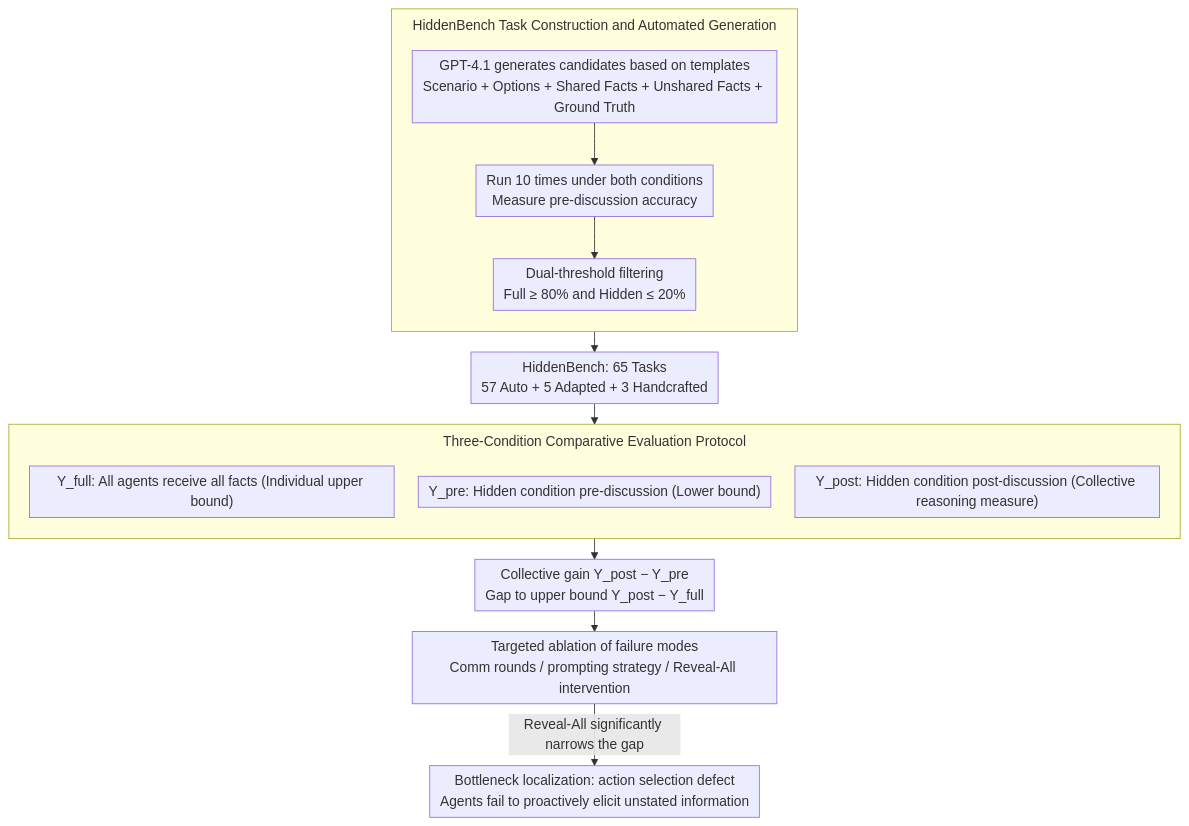
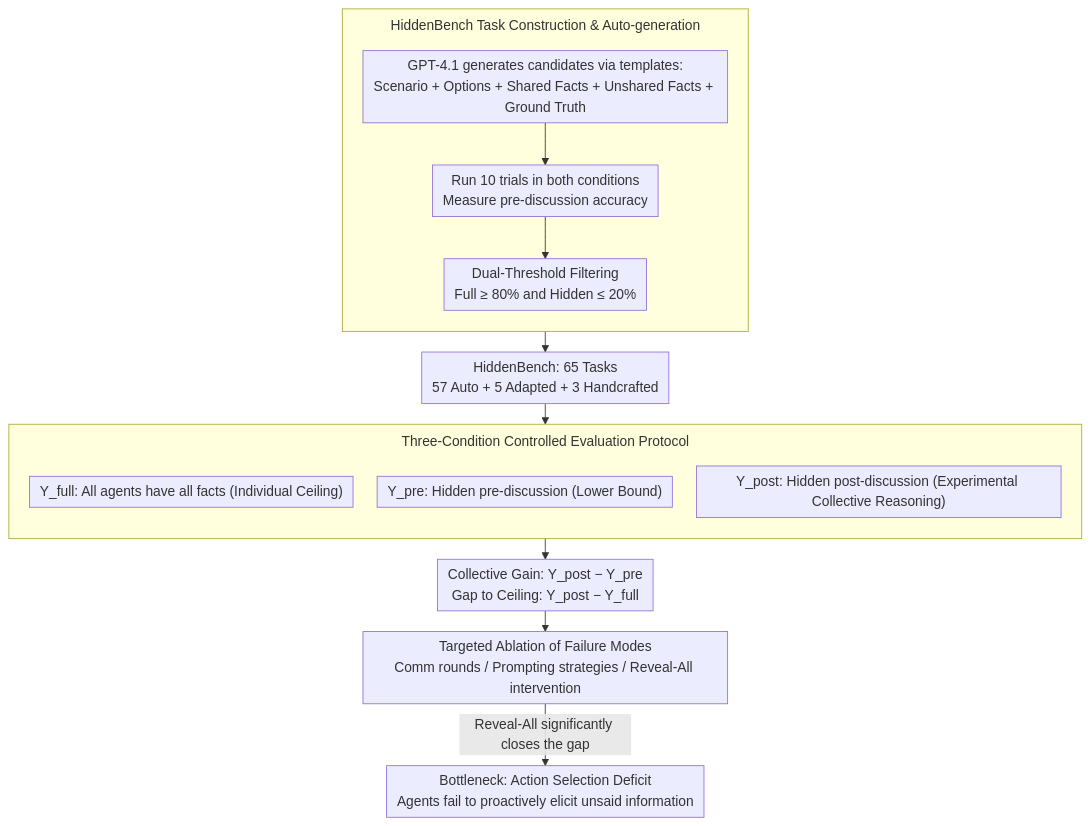
One commit to zhaoyang97/Paper-Notes-en changed the diagram in docs/ICML2026/multi_agent/systematic_failures_in_collective_reasoning_under_distributed_information_in_mul.md. Above: the diagram before and after it, drawn with Mermaid. The commit also changed other lines of this file and 5084 other files, not shown here.

````diff
--- a/docs/ICML2026/multi_agent/systematic_failures_in_collective_reasoning_under_distributed_information_in_mul.md
+++ b/docs/ICML2026/multi_agent/systematic_failures_in_collective_reasoning_under_distributed_information_in_mul.md
@@ -44,20 +44,20 @@
 ```mermaid
 %%{init: {'flowchart': {'rankSpacing': 24, 'nodeSpacing': 28, 'padding': 6, 'wrappingWidth': 400, 'subGraphTitleMargin': {'top': 8, 'bottom': 16}}}}%%
 flowchart TD
-    subgraph BUILD["HiddenBench Task Construction and Automated Generation"]
+    subgraph BUILD["HiddenBench Task Construction & Auto-generation"]
         direction TB
-        G["GPT-4.1 generates candidates based on templates<br/>Scenario + Options + Shared Facts + Unshared Facts + Ground Truth"] --> R["Run 10 times under both conditions<br/>Measure pre-discussion accuracy"]
-        R --> F["Dual-threshold filtering<br/>Full ≥ 80% and Hidden ≤ 20%"]
+        G["GPT-4.1 generates candidates via templates:<br/>Scenario + Options + Shared Facts + Unshared Facts + Ground Truth"] --> R["Run 10 trials in both conditions<br/>Measure pre-discussion accuracy"]
+        R --> F["Dual-Threshold Filtering<br/>Full ≥ 80% and Hidden ≤ 20%"]
     end
     F --> BENCH["HiddenBench: 65 Tasks<br/>57 Auto + 5 Adapted + 3 Handcrafted"]
-    subgraph EVAL["Three-Condition Comparative Evaluation Protocol"]
+    subgraph EVAL["Three-Condition Controlled Evaluation Protocol"]
         direction TB
-        YF["Y_full: All agents receive all facts (Individual upper bound)"]
-        YPRE["Y_pre: Hidden condition pre-discussion (Lower bound)"]
-        YPOST["Y_post: Hidden condition post-discussion (Collective reasoning measure)"]
+        YF["Y_full: All agents have all facts (Individual Ceiling)"]
+        YPRE["Y_pre: Hidden pre-discussion (Lower Bound)"]
+        YPOST["Y_post: Hidden post-discussion (Experimental Collective Reasoning)"]
     end
     BENCH --> EVAL
-    EVAL --> M["Collective gain Y_post − Y_pre<br/>Gap to upper bound Y_post − Y_full"]
-    M --> ABL["Targeted ablation of failure modes<br/>Comm rounds / prompting strategy / Reveal-All intervention"]
-    ABL -->|Reveal-All significantly narrows the gap| CONC["Bottleneck localization: action selection defect<br/>Agents fail to proactively elicit unstated information"]
+    EVAL --> M["Collective Gain: Y_post − Y_pre<br/>Gap to Ceiling: Y_post − Y_full"]
+    M --> ABL["Targeted Ablation of Failure Modes<br/>Comm rounds / Prompting strategies / Reveal-All intervention"]
+    ABL -->|Reveal-All significantly closes the gap| CONC["Bottleneck: Action Selection Deficit<br/>Agents fail to proactively elicit unsaid information"]
 ```
````
